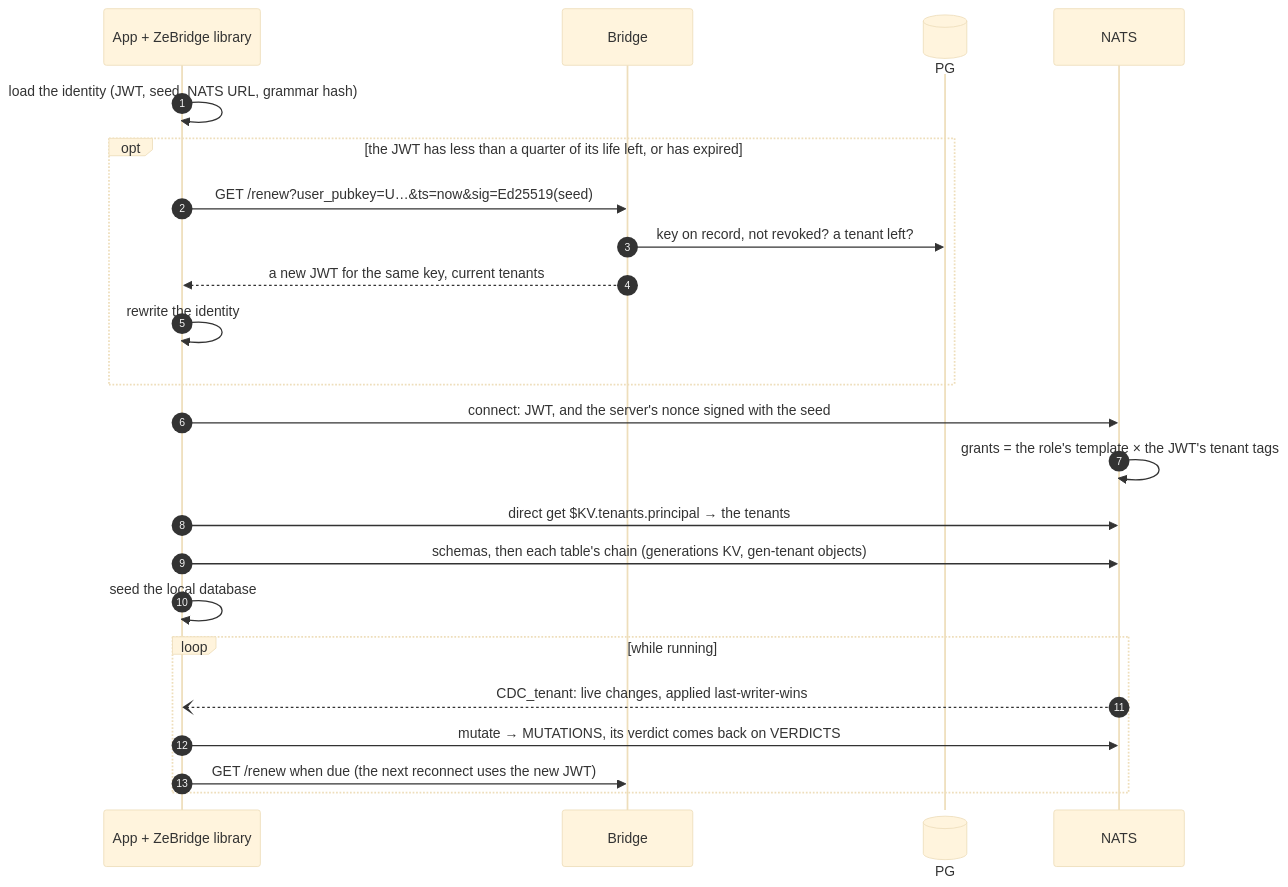
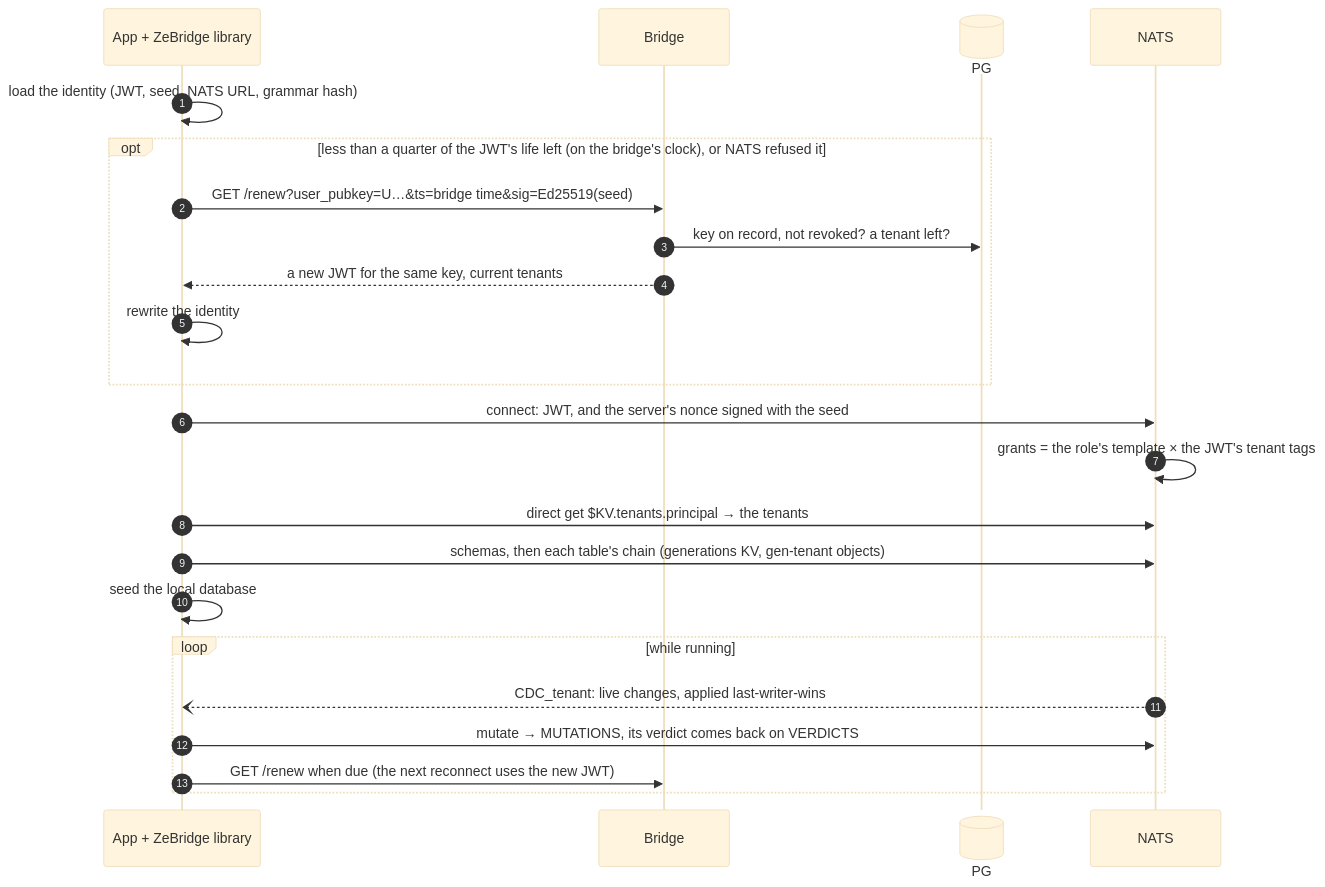
The sixth of 6 diagrams in README.md (ndrean/ZeBridge), drawn with Mermaid (base theme) before and after one commit. The commit also changed other lines of this file and 10 other files, not shown here.

First line of the commit message:
JWT renewal on the bridge's clock; a NATS refusal forces a renewal

````diff
--- a/README.md
+++ b/README.md
@@ -1863,26 +1863,26 @@
 ```mermaid
 sequenceDiagram
     autonumber
     participant A as App + ZeBridge library
     participant B as Bridge
     participant PG@{ "type" : "database" }
     participant N as NATS
 
     A->>A: load the identity (JWT, seed, NATS URL, grammar hash)
-    opt the JWT has less than a quarter of its life left, or has expired
-        A->>B: GET /renew?user_pubkey=U…&ts=now&sig=Ed25519(seed)
+    opt less than a quarter of the JWT's life left (on the bridge's clock), or NATS refused it
+        A->>B: GET /renew?user_pubkey=U…&ts=bridge time&sig=Ed25519(seed)
         B->>PG: key on record, not revoked? a tenant left?
         B-->>A: a new JWT for the same key, current tenants
         A->>A: rewrite the identity
     end
     A->>N: connect: JWT, and the server's nonce signed with the seed
     N->>N: grants = the role's template × the JWT's tenant tags
     A->>N: direct get $KV.tenants.principal → the tenants
     A->>N: schemas, then each table's chain (generations KV, gen-tenant objects)
     A->>A: seed the local database
     loop while running
         N--)A: CDC_tenant: live changes, applied last-writer-wins
         A->>N: mutate → MUTATIONS, its verdict comes back on VERDICTS
         A->>B: GET /renew when due (the next reconnect uses the new JWT)
     end
 ```
````
